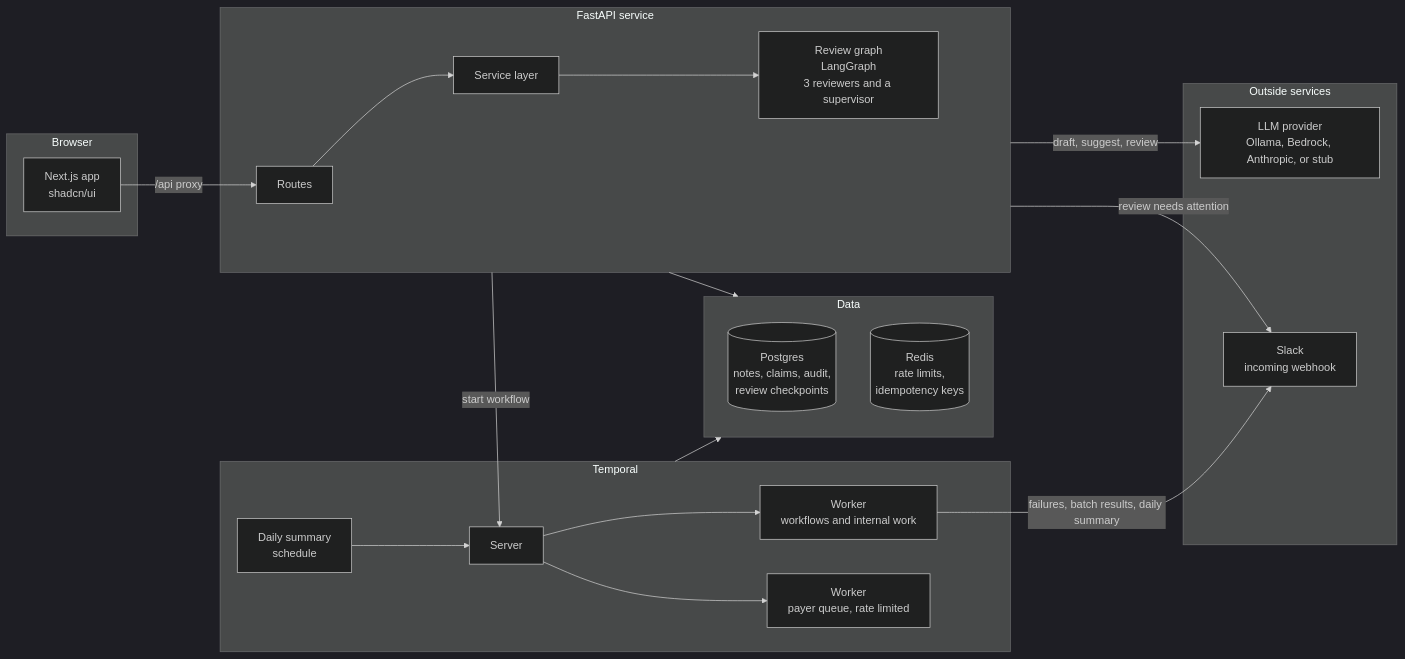
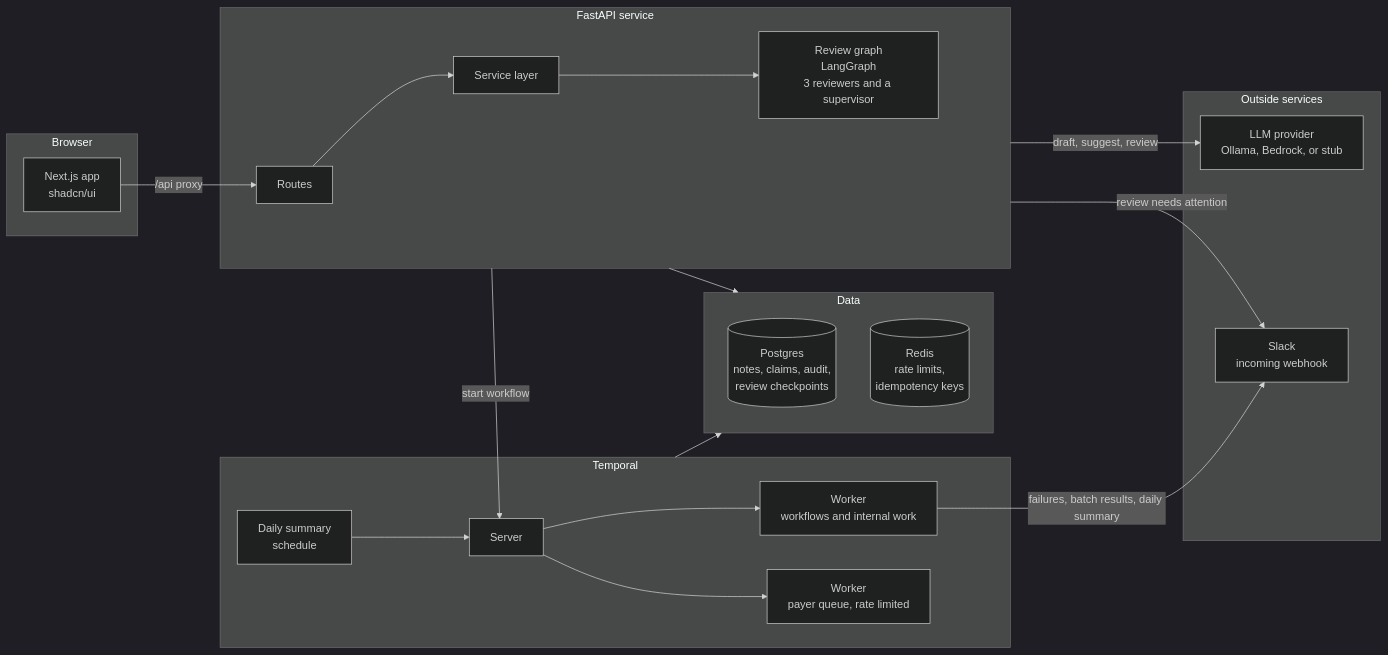
The diagram in README.md (ckwan/note_loop), drawn with Mermaid (dark theme) before and after one commit. The commit also changed other lines of this file, not shown here.

````diff
--- a/README.md
+++ b/README.md
@@ -66,31 +66,31 @@
 ```mermaid
 flowchart LR
     subgraph Browser
         UI["Next.js app<br/>shadcn/ui"]
     end
     subgraph API["FastAPI service"]
         R["Routes"] --> S["Service layer"]
         S --> RG["Review graph<br/>LangGraph<br/>3 reviewers and a supervisor"]
     end
     subgraph Data["Data"]
         DB[("Postgres<br/>notes, claims, audit,<br/>review checkpoints")]
         RD[("Redis<br/>rate limits,<br/>idempotency keys")]
     end
     subgraph Temporal["Temporal"]
         T["Server"]
         SCH["Daily summary<br/>schedule"] --> T
         T --> W1["Worker<br/>workflows and internal work"]
         T --> W2["Worker<br/>payer queue, rate limited"]
     end
     subgraph Outside["Outside services"]
-        LLM["LLM provider<br/>Ollama, Bedrock, Anthropic, or stub"]
+        LLM["LLM provider<br/>Ollama, Bedrock, or stub"]
         SL["Slack<br/>incoming webhook"]
     end
     UI -->|"/api proxy"| R
     API --> Data
     API -->|"start workflow"| T
     API -->|"draft, suggest, review"| LLM
     API -->|"review needs attention"| SL
     Temporal --> Data
     W1 -->|"failures, batch results, daily summary"| SL
 ```
````
